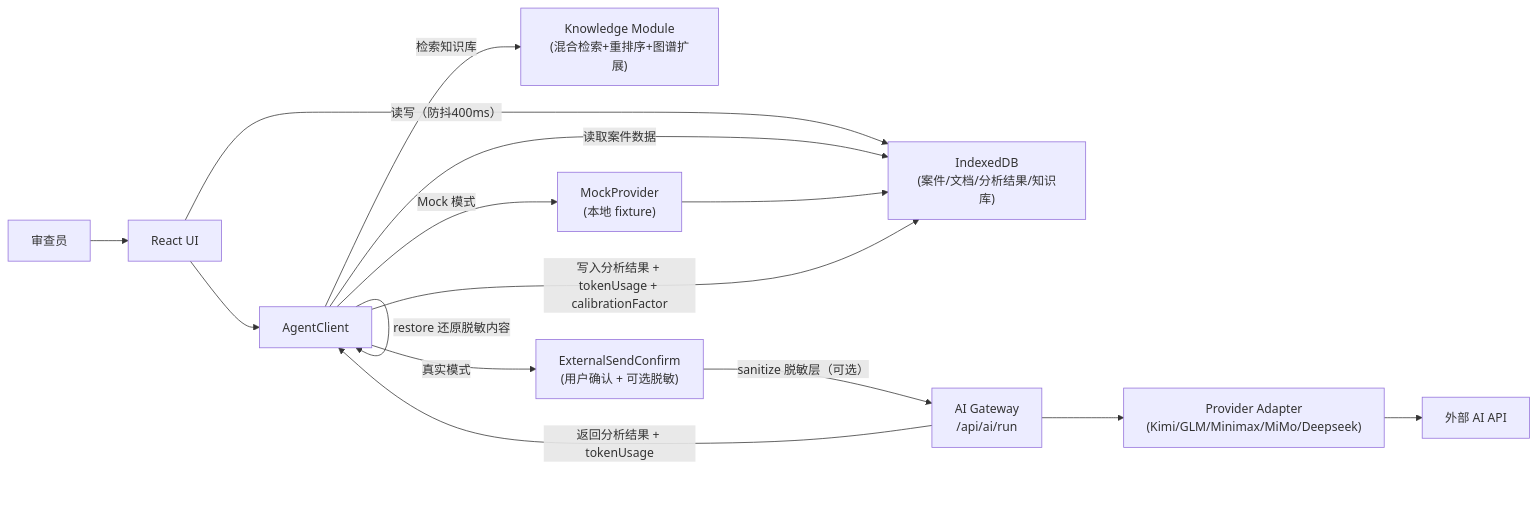
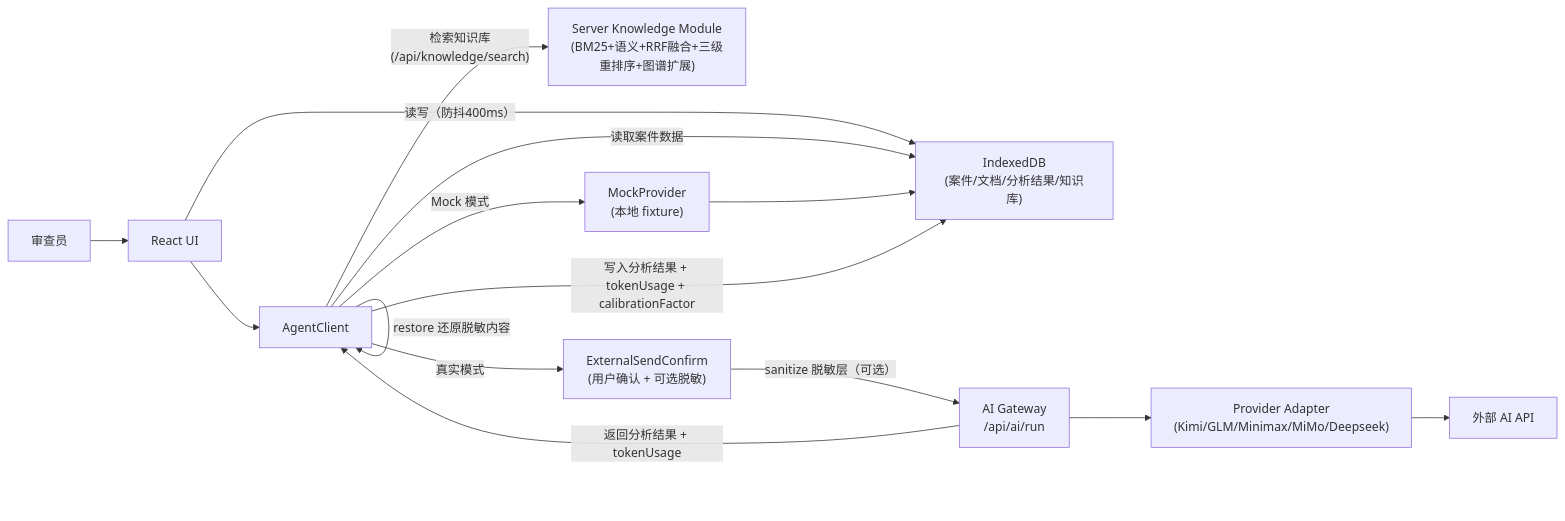
The first of 3 diagrams in DESIGN.md (daihuan0612/patentExaminator), drawn with Mermaid before and after one commit. The commit also changed other lines of this file and 1 other file, not shown here.

````diff
--- a/DESIGN.md
+++ b/DESIGN.md
@@ -139,17 +139,17 @@
 ```mermaid
 flowchart LR
     U["审查员"] --> UI["React UI"]
     UI -->|"读写（防抖400ms）"| IDB["IndexedDB\n(案件/文档/分析结果/知识库)"]
     UI --> AC["AgentClient"]
-    AC -->|"检索知识库"| KB["Knowledge Module\n(混合检索+重排序+图谱扩展)"]
+    AC -->|"检索知识库\n(/api/knowledge/search)"| KB["Server Knowledge Module\n(BM25+语义+RRF融合+三级重排序+图谱扩展)"]
     AC -->|"读取案件数据"| IDB
     AC -->|"Mock 模式"| MP["MockProvider\n(本地 fixture)"]
     AC -->|"真实模式"| CF["ExternalSendConfirm\n(用户确认 + 可选脱敏)"]
     CF -->|"sanitize 脱敏层（可选）"| GW["AI Gateway\n/api/ai/run"]
     GW --> PA["Provider Adapter\n(Kimi/GLM/Minimax/MiMo/Deepseek)"]
     PA --> EXT["外部 AI API"]
     MP --> IDB
     GW -->|"返回分析结果 + tokenUsage"| AC
     AC -->|"restore 还原脱敏内容"| AC
     AC -->|"写入分析结果 + tokenUsage + calibrationFactor"| IDB
 ```
````
